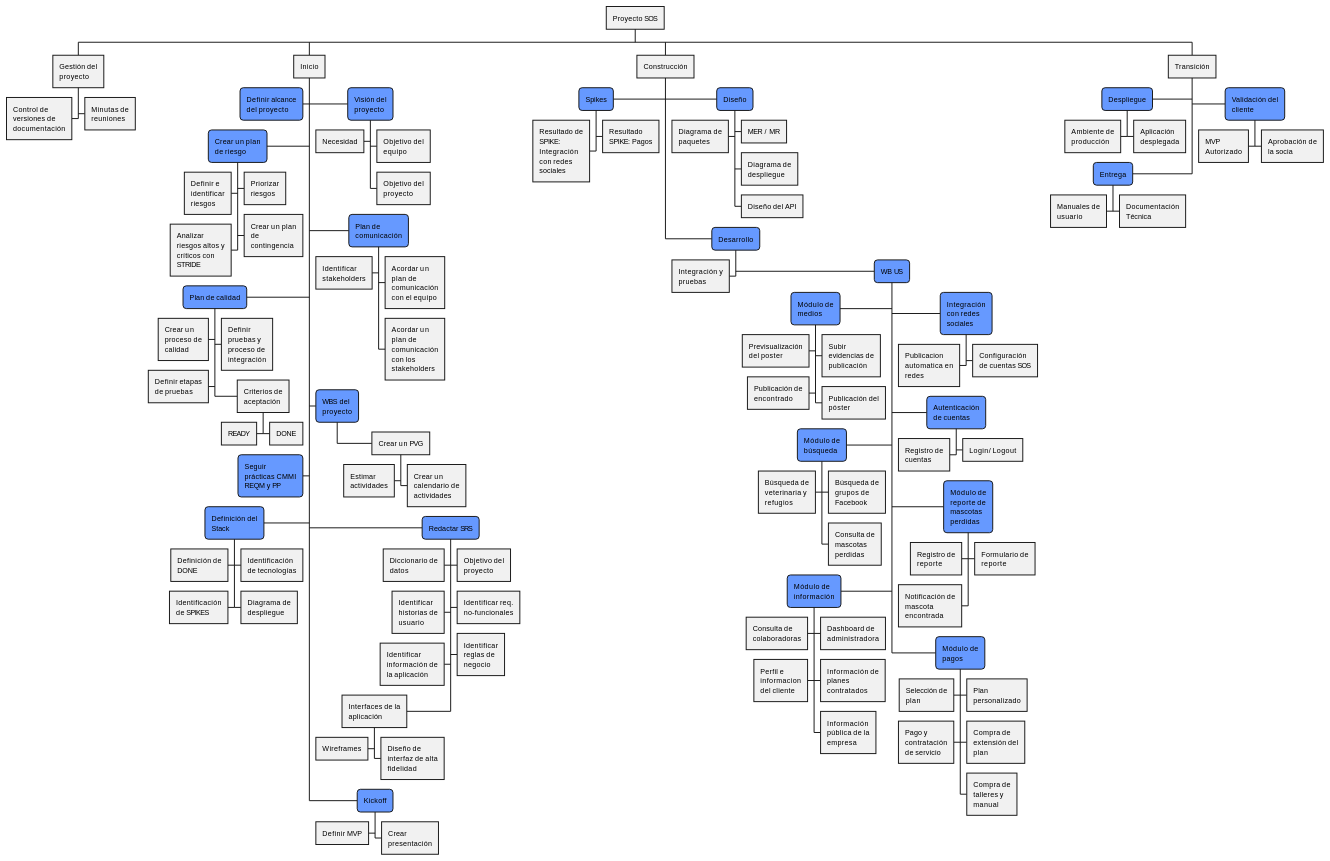
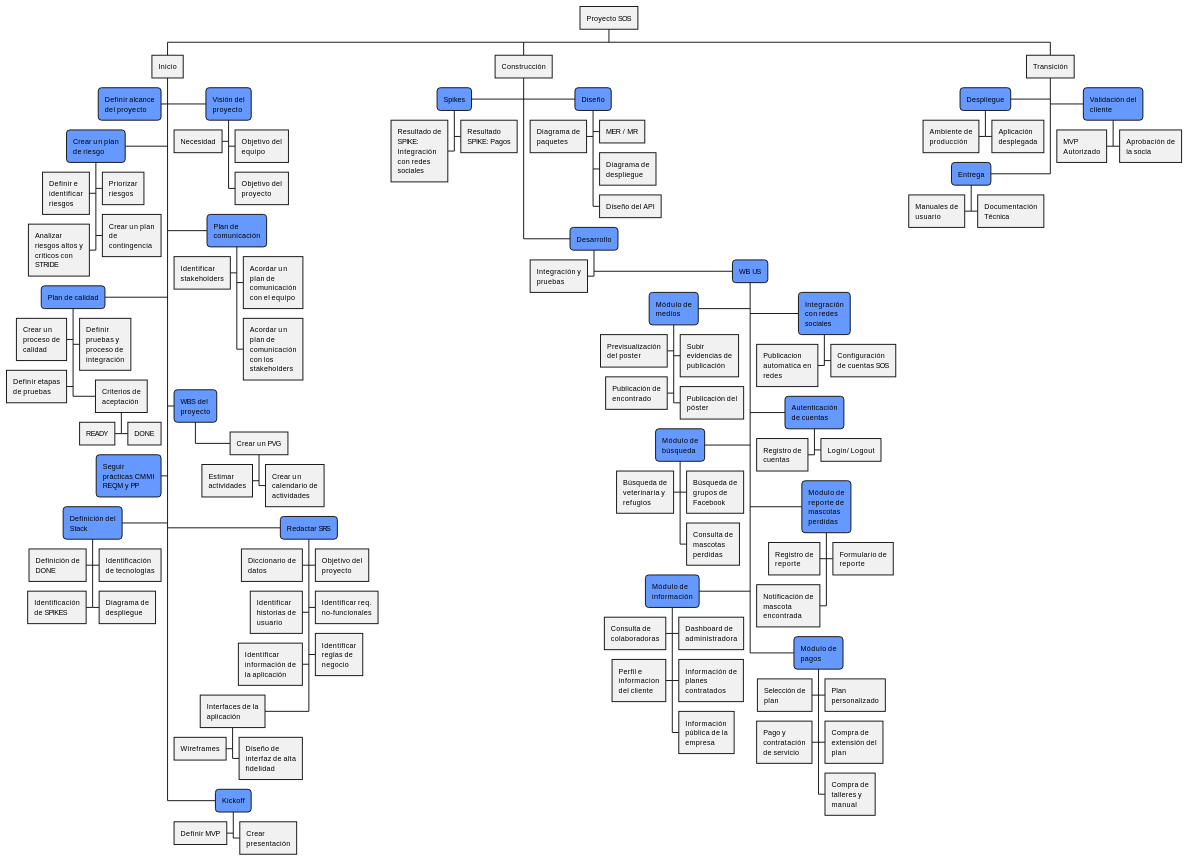
One commit to AztlanConsulting/Wiki changed the first of 2 diagrams in docs/Aztlan/Nuestros Proyectos/Xolotl-SOS/WBS.md. Above: the diagram before and after it, drawn with PlantUML. The commit also changed other lines of this file and 3 other files, not shown here.

```diff
--- a/docs/Aztlan/Nuestros Proyectos/Xolotl-SOS/WBS.md
+++ b/docs/Aztlan/Nuestros Proyectos/Xolotl-SOS/WBS.md
@@ -27,10 +27,6 @@
 
 
 * Proyecto SOS
-
-** Gestión del proyecto
-*** Minutas de reuniones
-***< Control de versiones de documentación
 
 ** Inicio
 *** Visión del proyecto <<top>>
```
